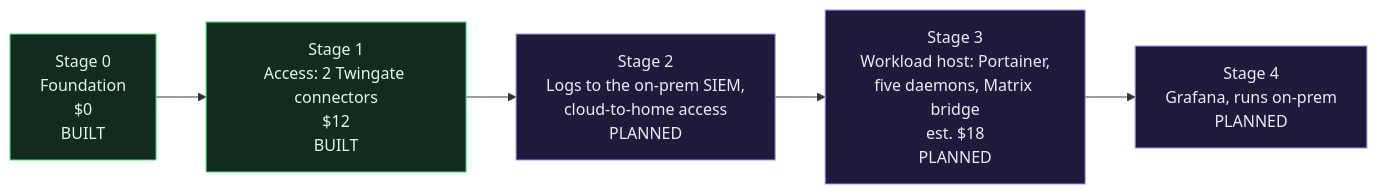
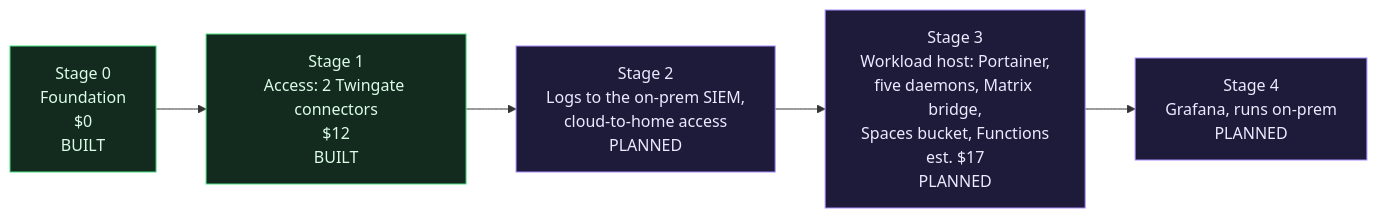
One commit to ChiefGyk3D/Clouds-Against-Humanity changed the diagram in docs/wiki/Roadmap.md. Above: the diagram before and after it, drawn with Mermaid. The commit also changed other lines of this file and 6 other files, not shown here.

First line of the commit message:
docs: stage 3 adds Spaces state, Functions for timer jobs, layered backups

````diff
--- a/docs/wiki/Roadmap.md
+++ b/docs/wiki/Roadmap.md
@@ -5,12 +5,12 @@
 ```mermaid
 flowchart LR
     s0["Stage 0<br/>Foundation<br/>$0<br/>BUILT"]:::done
     s1["Stage 1<br/>Access: 2 Twingate connectors<br/>$12<br/>BUILT"]:::done
     s2["Stage 2<br/>Logs to the on-prem SIEM,<br/>cloud-to-home access<br/>PLANNED"]:::plan
-    s3["Stage 3<br/>Workload host: Portainer,<br/>five daemons, Matrix bridge<br/>est. $18<br/>PLANNED"]:::plan
+    s3["Stage 3<br/>Workload host: Portainer,<br/>five daemons, Matrix bridge,<br/>Spaces bucket, Functions<br/>est. $17<br/>PLANNED"]:::plan
     s4["Stage 4<br/>Grafana, runs on-prem<br/>PLANNED"]:::plan
     s0 --> s1 --> s2 --> s3 --> s4
 
     classDef done fill:#132a1f,stroke:#4ade80,color:#dcfce7
     classDef plan fill:#1e1b3a,stroke:#a78bfa,color:#ede9fe
 ```
````
